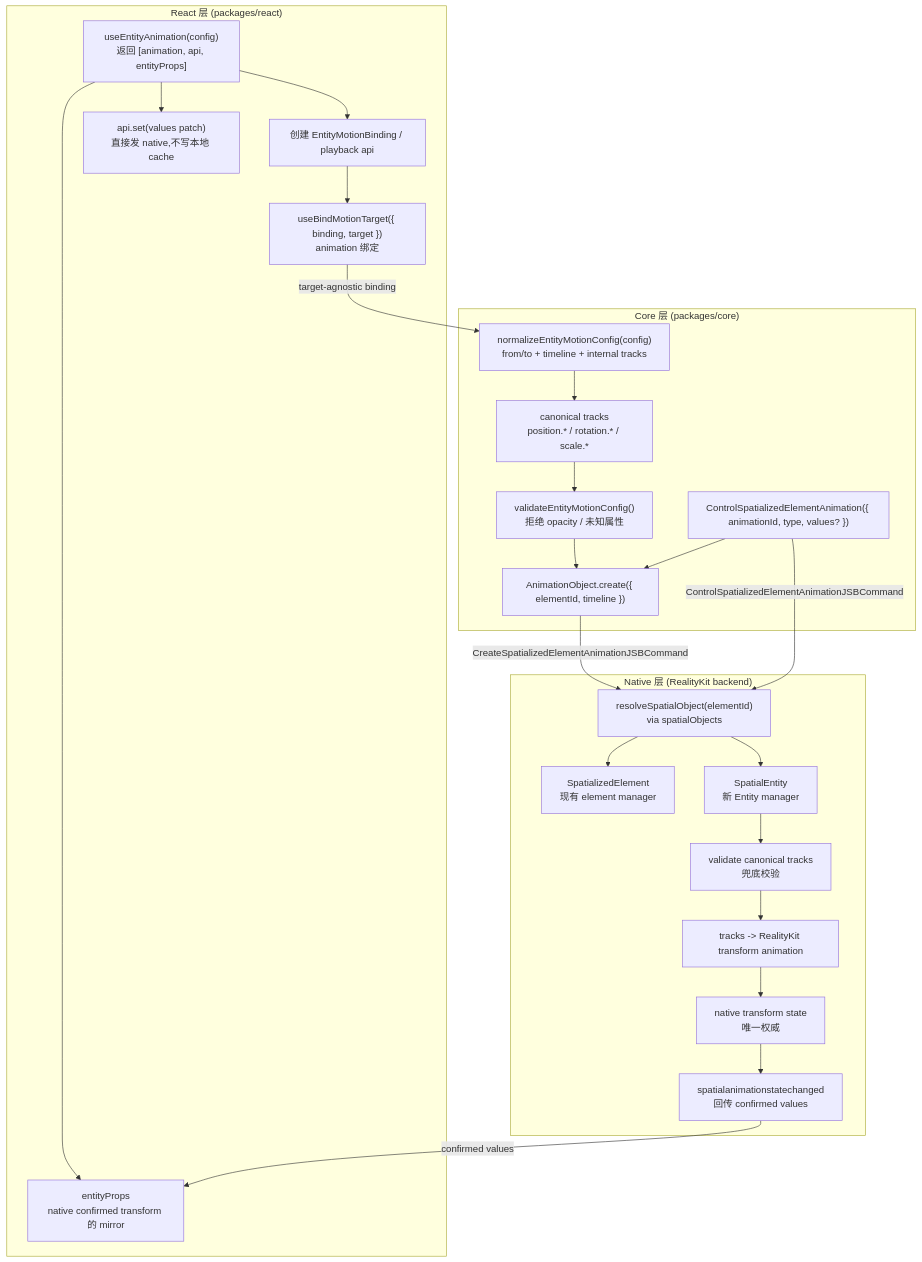
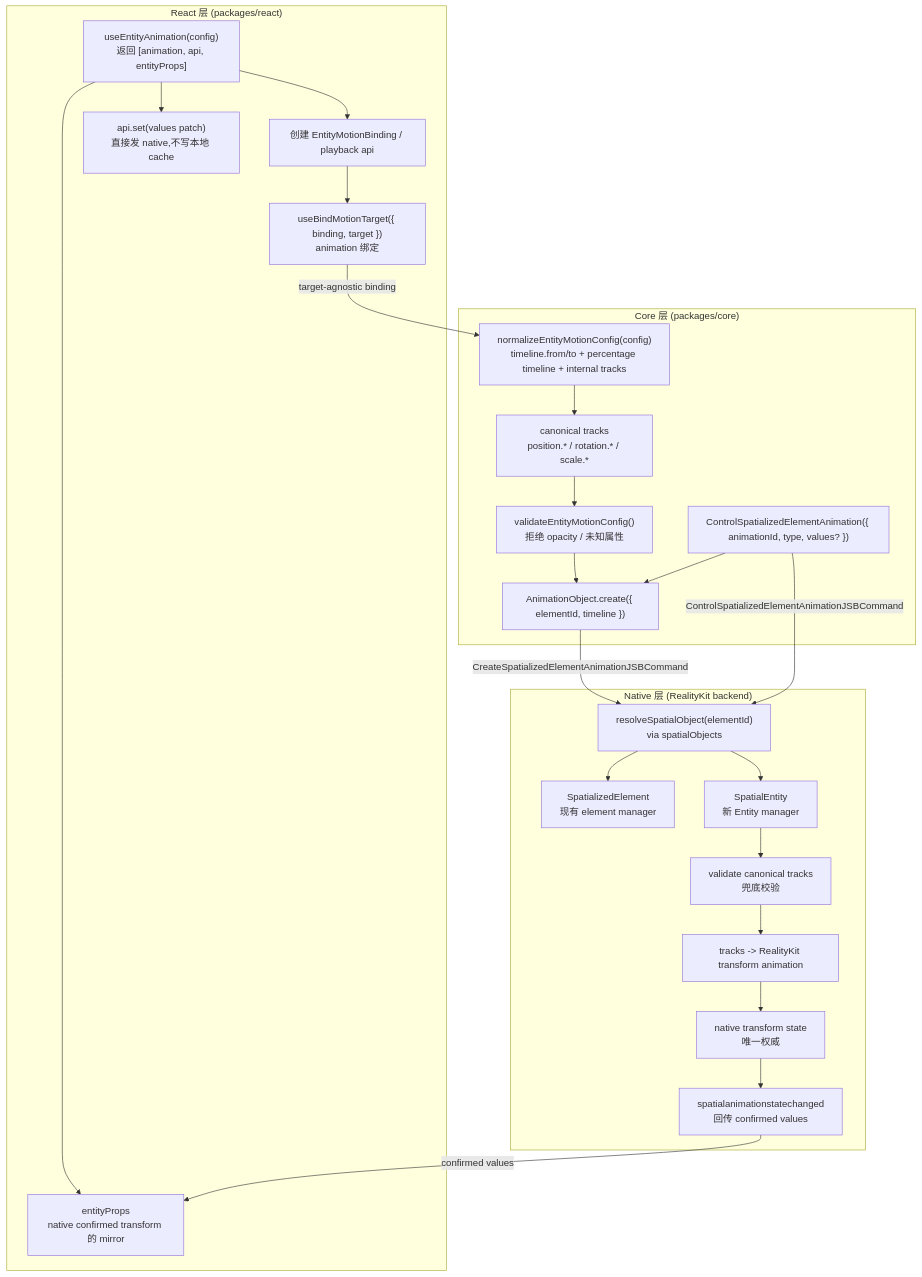
Before and after one commit to webspatial/webspatial-sdk: the first of 11 diagrams in openspec/changes/redesign-entity-motion-api/design.zh.md, drawn with Mermaid. The commit also changed other lines of this file and 5 other files, not shown here.

Commit message:
docs(openspec): align entity motion timeline config api

````diff
--- a/openspec/changes/redesign-entity-motion-api/design.zh.md
+++ b/openspec/changes/redesign-entity-motion-api/design.zh.md
@@ -83,50 +83,50 @@
 ```mermaid
 flowchart TB
     subgraph React["React 层 (packages/react)"]
         UseEntity["useEntityAnimation(config)<br/>返回 [animation, api, entityProps]"]
         ReactBinding["创建 EntityMotionBinding / playback api"]
         EntityProps["entityProps<br/>native confirmed transform 的 mirror"]
         ApiSet["api.set(values patch)<br/>直接发 native,不写本地 cache"]
         BindTarget["useBindMotionTarget({ binding, target })<br/>animation 绑定"]
 
         UseEntity --> ReactBinding
         UseEntity --> EntityProps
         UseEntity --> ApiSet
         ReactBinding --> BindTarget
     end
 
     subgraph Core["Core 层 (packages/core)"]
-        Normalize["normalizeEntityMotionConfig(config)<br/>from/to + timeline + internal tracks"]
+        Normalize["normalizeEntityMotionConfig(config)<br/>timeline.from/to + percentage timeline + internal tracks"]
         Tracks["canonical tracks<br/>position.* / rotation.* / scale.*"]
         Validate["validateEntityMotionConfig()<br/>拒绝 opacity / 未知属性"]
         CreateObject["AnimationObject.create({ elementId, timeline })"]
         ControlObject["ControlSpatializedElementAnimation({ animationId, type, values? })"]
 
         Normalize --> Tracks
         Tracks --> Validate
         Validate --> CreateObject
         ControlObject --> CreateObject
     end
 
     subgraph Native["Native 层 (RealityKit backend)"]
         Resolve["resolveSpatialObject(elementId)<br/>via spatialObjects"]
         ElementAdapter["SpatializedElement<br/>现有 element manager"]
         EntityManager["SpatialEntity<br/>新 Entity manager"]
         NativeValidate["validate canonical tracks<br/>兜底校验"]
         Compile["tracks -> RealityKit transform animation"]
         Authority["native transform state<br/>唯一权威"]
         Event["spatialanimationstatechanged<br/>回传 confirmed values"]
 
         Resolve --> ElementAdapter
         Resolve --> EntityManager
         EntityManager --> NativeValidate
         NativeValidate --> Compile
         Compile --> Authority
         Authority --> Event
     end
 
     BindTarget -->|"target-agnostic binding"| Normalize
     CreateObject -->|"CreateSpatializedElementAnimationJSBCommand"| Resolve
     ControlObject -->|"ControlSpatializedElementAnimationJSBCommand"| Resolve
     Event -->|"confirmed values"| EntityProps
 ```
````
